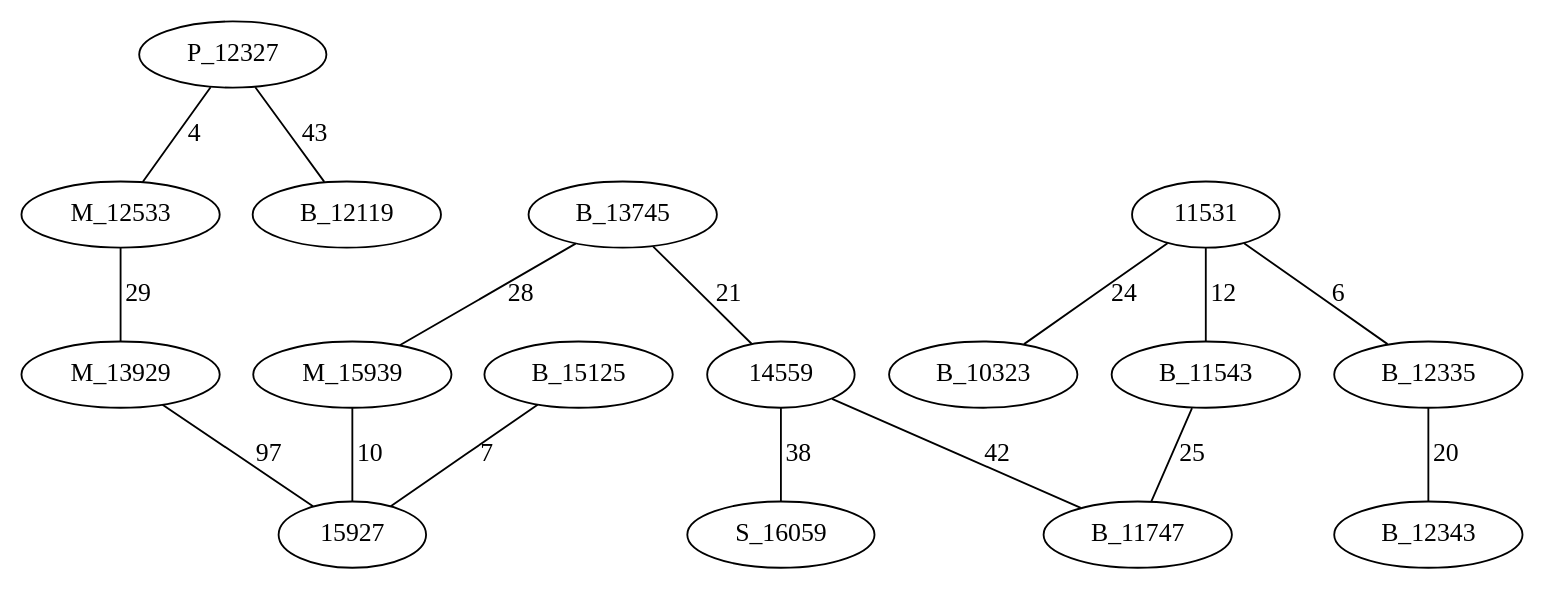
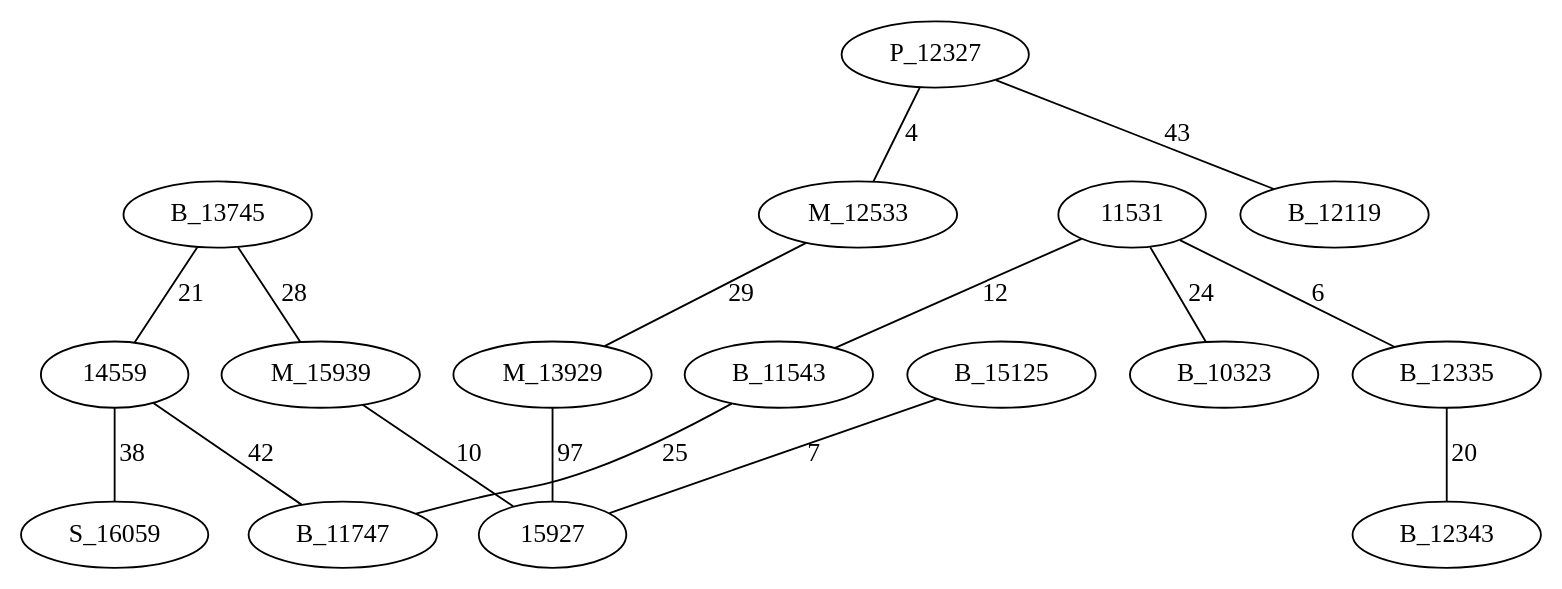
The diagram in Graph.dot (AsmNoob/Labyrinthe), drawn with Graphviz before and after one commit. The commit also changed other lines of this file and 6 other files, not shown here.

```diff
--- a/Graph.dot
+++ b/Graph.dot
@@ -1,19 +1,19 @@
 graph chemin {
 
 	P_12327 -- M_12533 [label=4]
 	P_12327 -- B_12119 [label=43]
+	B_13745 -- 14559 [label=21]
 	B_13745 -- M_15939 [label=28]
-	B_13745 -- 14559 [label=21]
+	11531 -- B_10323 [label=24]
 	11531 -- B_12335 [label=6]
-	11531 -- B_10323 [label=24]
 	11531 -- B_11543 [label=12]
 	B_12335 -- B_12343 [label=20]
 	B_15125 -- 15927 [label=7]
 	M_12533 -- M_13929 [label=29]
 	M_15939 -- 15927 [label=10]
 	B_11543 -- B_11747 [label=25]
 	M_13929 -- 15927 [label=97]
+	14559 -- S_16059 [label=38]
 	14559 -- B_11747 [label=42]
-	14559 -- S_16059 [label=38]
 
 }
```
